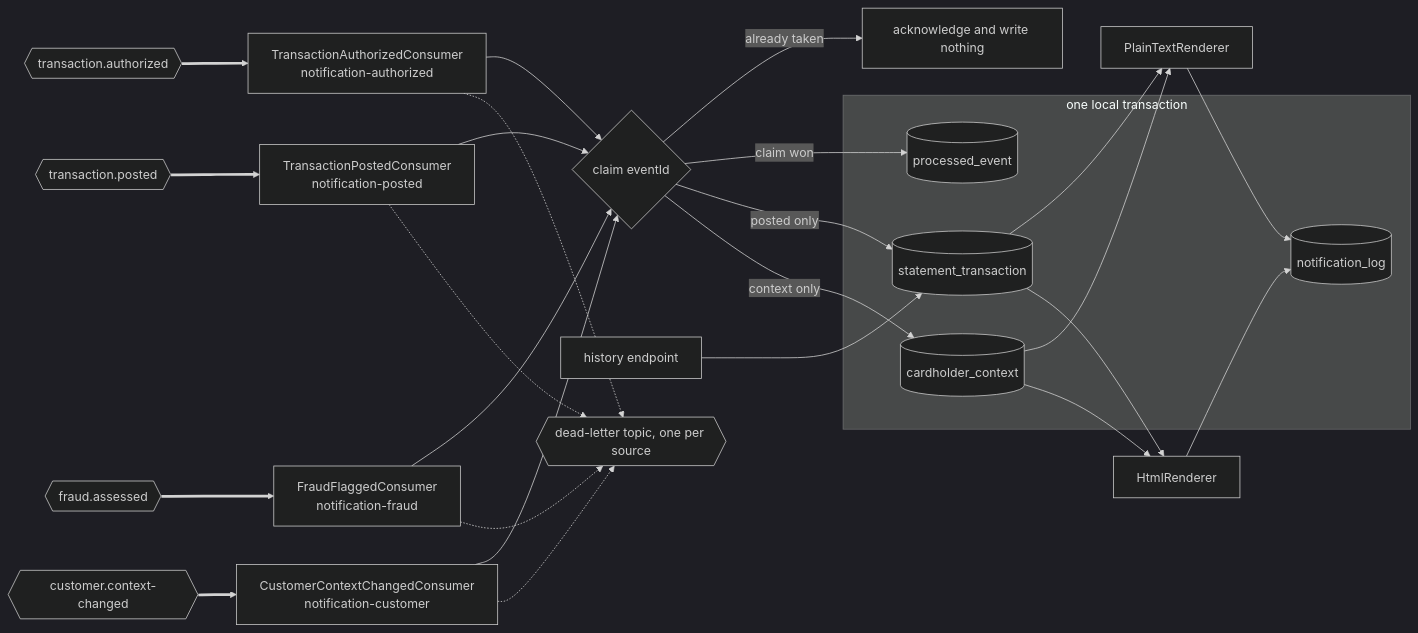
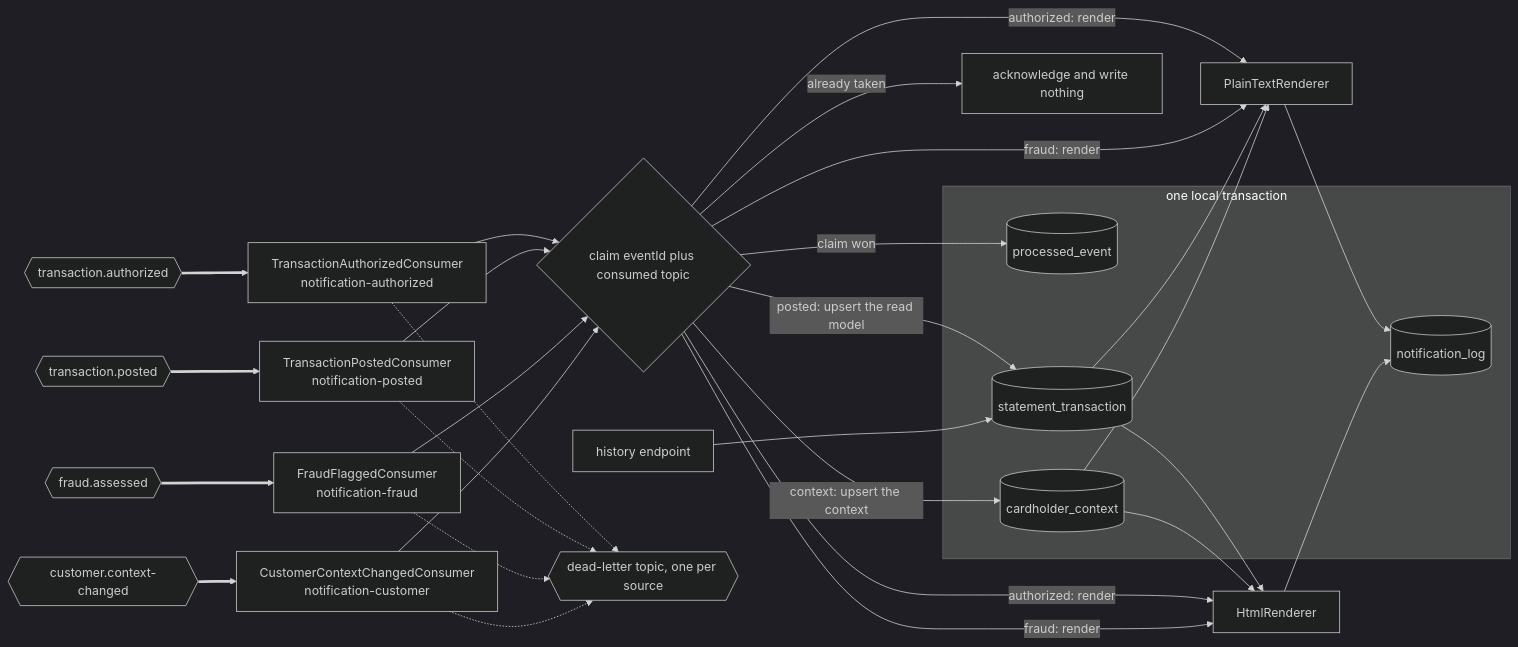
The diagram in card-platform/services/notification-service/README.md (blitzy-public-samples/aws-carddemo-blitzy), drawn with Mermaid (dark theme) before and after one commit. The commit also changed other lines of this file and 540 other files, not shown here.

````diff
--- a/card-platform/services/notification-service/README.md
+++ b/card-platform/services/notification-service/README.md
@@ -81,47 +81,51 @@
 ```mermaid
 graph LR
     TA{{"transaction.authorized"}}
     TP{{"transaction.posted"}}
     FA{{"fraud.assessed"}}
     CC{{"customer.context-changed"}}
     AC["TransactionAuthorizedConsumer<br/>notification-authorized"]
     PC["TransactionPostedConsumer<br/>notification-posted"]
     FC["FraudFlaggedConsumer<br/>notification-fraud"]
     XC["CustomerContextChangedConsumer<br/>notification-customer"]
-    CLAIM{"claim eventId"}
+    CLAIM{"claim eventId plus consumed topic"}
     SKIP["acknowledge and write nothing"]
     subgraph TX["one local transaction"]
         MARK[("processed_event")]
         ST[("statement_transaction")]
         CX[("cardholder_context")]
         LOG[("notification_log")]
     end
     TEXT["PlainTextRenderer"]
     HTML["HtmlRenderer"]
     API["history endpoint"]
     DLT{{"dead-letter topic, one per source"}}
 
     TA ==> AC
     TP ==> PC
     FA ==> FC
     CC ==> XC
     AC --> CLAIM
     PC --> CLAIM
     FC --> CLAIM
     XC --> CLAIM
     CLAIM -->|"already taken"| SKIP
     CLAIM -->|"claim won"| MARK
-    CLAIM -->|"posted only"| ST
-    CLAIM -->|"context only"| CX
+    CLAIM -->|"posted: upsert the read model"| ST
+    CLAIM -->|"context: upsert the context"| CX
+    CLAIM -->|"authorized: render"| TEXT
+    CLAIM -->|"fraud: render"| TEXT
+    CLAIM -->|"authorized: render"| HTML
+    CLAIM -->|"fraud: render"| HTML
     ST --> TEXT
     CX --> TEXT
     ST --> HTML
     CX --> HTML
     TEXT --> LOG
     HTML --> LOG
     API --> ST
     AC -.-> DLT
     PC -.-> DLT
     FC -.-> DLT
     XC -.-> DLT
 ```
````
